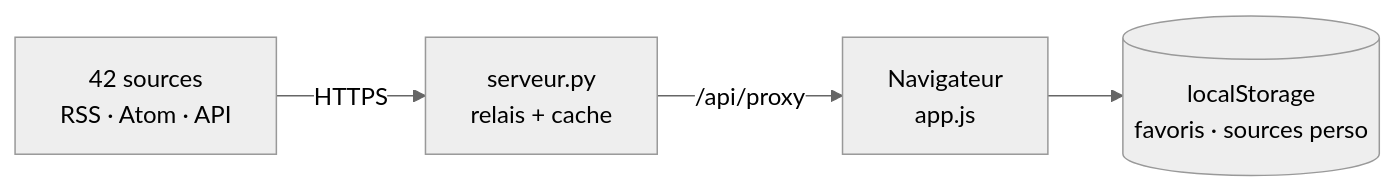
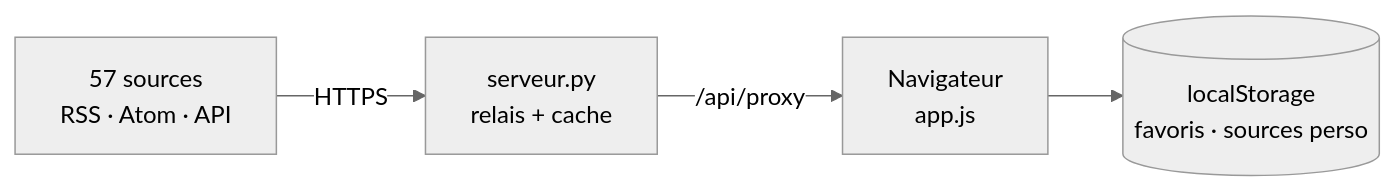
One commit to PedroGomesFR/nexus changed the diagram in README.md. Above: the diagram before and after it, drawn with Mermaid (neutral theme). The commit also changed other lines of this file and 3 other files, not shown here.

````diff
--- a/README.md
+++ b/README.md
@@ -185,6 +189,6 @@
 ```mermaid
 flowchart LR
-    S["42 sources<br/>RSS · Atom · API"] -->|HTTPS| R["serveur.py<br/>relais + cache"]
+    S["57 sources<br/>RSS · Atom · API"] -->|HTTPS| R["serveur.py<br/>relais + cache"]
     R -->|/api/proxy| A["Navigateur<br/>app.js"]
     A --> L[("localStorage<br/>favoris · sources perso")]
 ```
````
